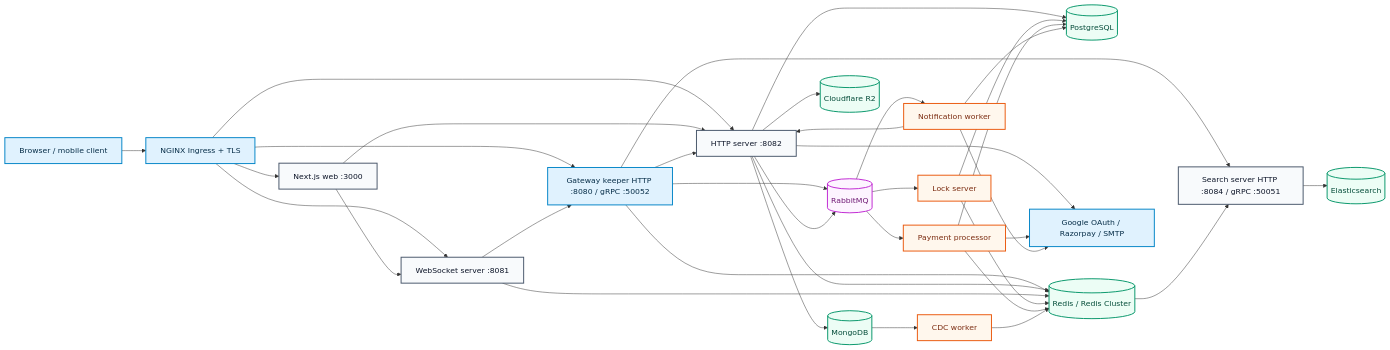
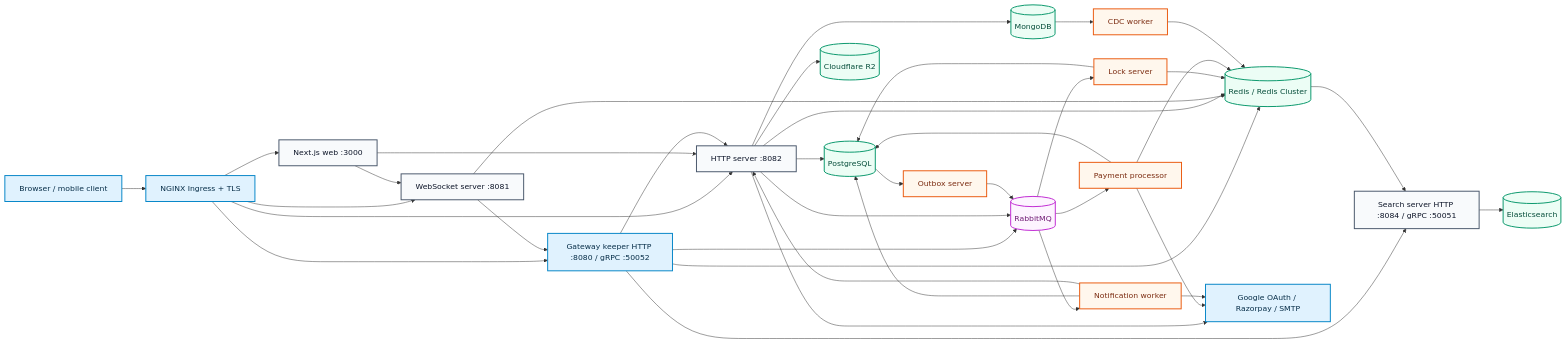
Before and after one commit to bhatvinay7/bookit: the first of 6 diagrams in README.md, drawn with Mermaid. The commit also changed other lines of this file, not shown here.

Commit message:
docs: update README with outbox-server and search enhancement

````diff
--- a/README.md
+++ b/README.md
@@ -14,63 +14,66 @@
 ```mermaid
 flowchart LR
     classDef edge fill:#e0f2fe,stroke:#0284c7,stroke-width:2px,color:#082f49
     classDef app fill:#f8fafc,stroke:#475569,stroke-width:2px,color:#0f172a
     classDef worker fill:#fff7ed,stroke:#ea580c,stroke-width:2px,color:#7c2d12
     classDef data fill:#ecfdf5,stroke:#059669,stroke-width:2px,color:#064e3b
     classDef event fill:#fdf4ff,stroke:#c026d3,stroke-width:2px,color:#701a75
 
     USER[Browser / mobile client]:::edge
     INGRESS[NGINX Ingress + TLS]:::edge
     WEB[Next.js web :3000]:::app
     GW[Gateway keeper HTTP :8080 / gRPC :50052]:::edge
     API[HTTP server :8082]:::app
     WS[WebSocket server :8081]:::app
     SEARCH[Search server HTTP :8084 / gRPC :50051]:::app
     LOCK[Lock server]:::worker
     PAY[Payment processor]:::worker
     NOTIFY[Notification worker]:::worker
     CDC[CDC worker]:::worker
+    OUTBOX[Outbox server]:::worker
 
     PG[(PostgreSQL)]:::data
     MONGO[(MongoDB)]:::data
     REDIS[(Redis / Redis Cluster)]:::data
     ES[(Elasticsearch)]:::data
     RMQ[(RabbitMQ)]:::event
     R2[(Cloudflare R2)]:::data
     EXT[Google OAuth / Razorpay / SMTP]:::edge
 
     USER --> INGRESS
     INGRESS --> WEB
     INGRESS --> API
     INGRESS --> WS
     INGRESS --> GW
     WEB --> API
     WEB --> WS
     GW --> API
     GW --> SEARCH
     GW --> REDIS
     GW --> RMQ
     API --> PG
     API --> MONGO
     API --> REDIS
     API --> RMQ
     API --> R2
     API --> EXT
     WS --> GW
     WS --> REDIS
     RMQ --> LOCK
     RMQ --> PAY
     RMQ --> NOTIFY
     LOCK --> REDIS
     LOCK --> PG
     PAY --> PG
     PAY --> REDIS
     PAY --> EXT
+    PG --> OUTBOX
+    OUTBOX --> RMQ
     NOTIFY --> PG
     NOTIFY --> API
     NOTIFY --> EXT
     MONGO --> CDC
     CDC --> REDIS
     REDIS --> SEARCH
     SEARCH --> ES
 ```
````
